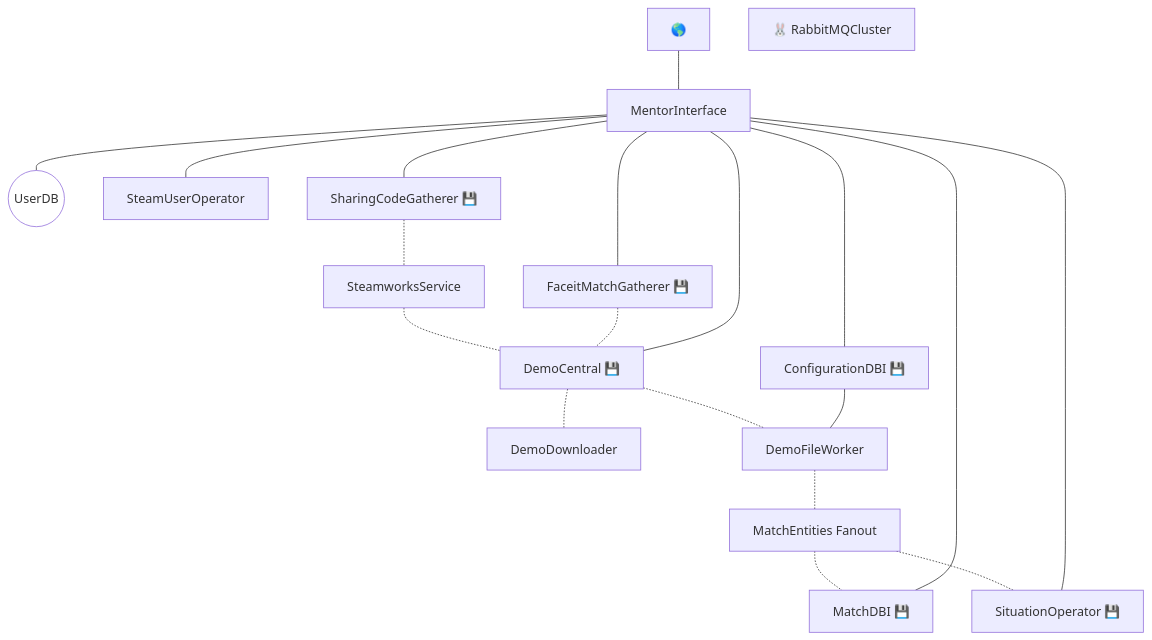
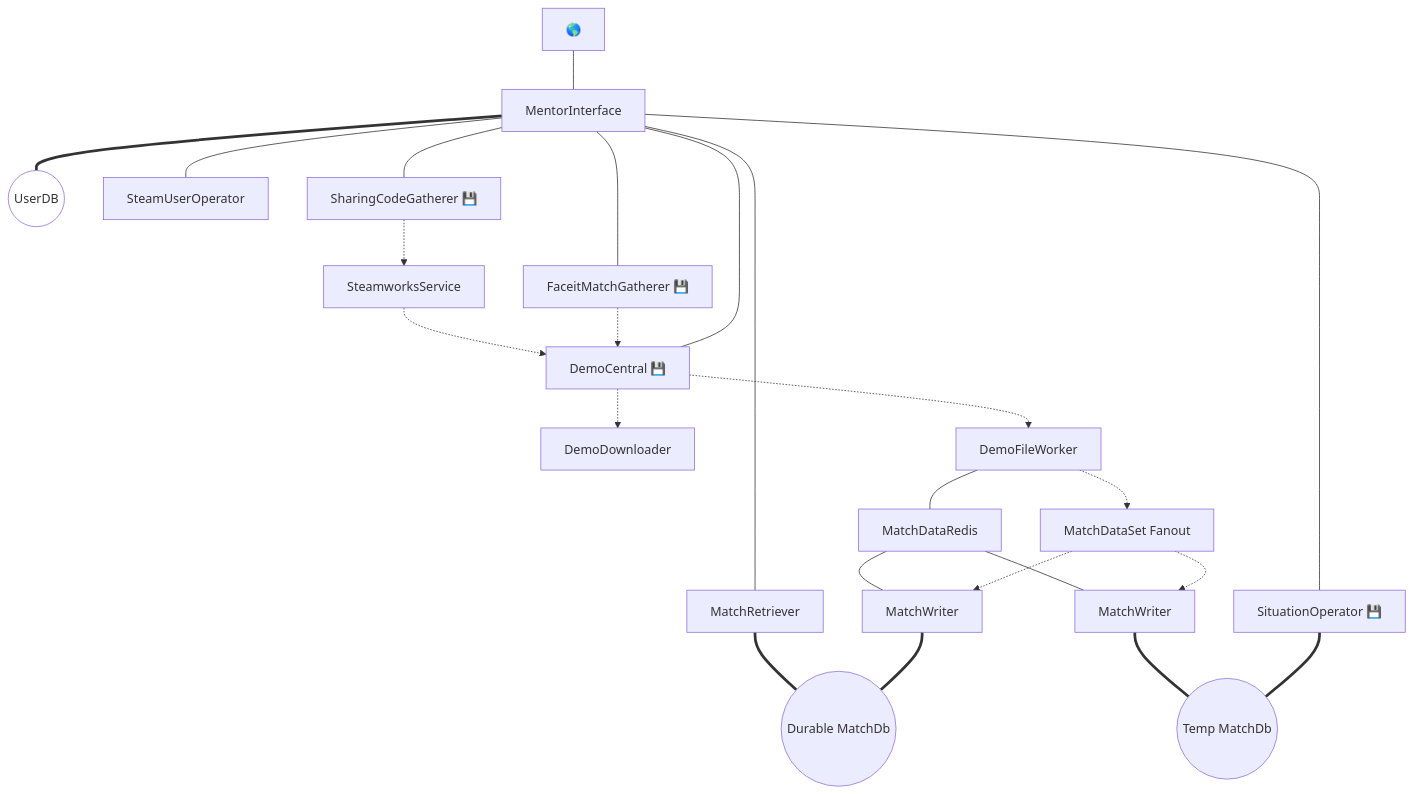
Before and after one commit to KieronKretschmar/MentorGG_Overview: the first of 2 diagrams in README.md, drawn with Mermaid. The commit also changed other lines of this file, not shown here.

````diff
--- a/README.md
+++ b/README.md
@@ -41,51 +45,55 @@
 ```mermaid
 graph TD;
     I["🌎"] --- MI
-    MI --- UDB((UserDB));
+    MI === UDB((UserDB));
     
     MI --- SUO[SteamUserOperator];
     
     MI --- SCG["SharingCodeGatherer 💾"];
-    SCG -.- SWS[SteamworksService];
-    SWS -.- DC;
+    SCG -.-> SWS[SteamworksService];
+    SWS -.-> DC;
     
     MI --- FG["FaceitMatchGatherer 💾"];
-    FG -.- DC;
+    FG -.-> DC;
     
     
-    MI --- CDBI["ConfigurationDBI 💾"];
     
     MI[MentorInterface] --- DC["DemoCentral 💾"];
-    DC -.- DD[DemoDownloader];
-    DC -.- DFW[DemoFileWorker];
-    DFW -.- MEF["MatchEntities Fanout"];
-    MEF -.- MDBI;
-    MEF -.- SO;
+    DC -.-> DD[DemoDownloader];
+    DC -.-> DFW[DemoFileWorker];
+    DFW -.-> MDSF["MatchDataSet Fanout"];
+    DFW --- MDR["MatchDataRedis"];
+
+    MDR --- MW1;
+    MDR --- MW2;
+
+    MDSF -.-> MW1["MatchWriter"];
+    MR[MatchRetriever] === DMDB; 
+    MW1 === DMDB((Durable MatchDb))
+    MI --- MR
+
+    MDSF -.-> MW2["MatchWriter"];
+    MW2 === TMDB((Temp MatchDb))
+    SO === TMDB;
     
-    CDBI --- DFW;
 
-    MI --- MDBI["MatchDBI 💾"];
     MI --- SO["SituationOperator 💾"];
-
-    RC["🐰 RabbitMQCluster"];
-
 
     classDef db fill:white;
     classDef queue fill:pink;
     class RFO queue;
     class UDB,SUDB,CDB,SDB,MDB db;
 
     click MI,UDB "https://gitlab.com/mentorgg/engine/mentor-interface";
     click SUO "https://gitlab.com/mentorgg/engine/steamuserprojects";
     click SCG "https://gitlab.com/mentorgg/csgo/sharingcodegatherer";
     click SWS "https://gitlab.com/mentorgg/csgo/steamworksservice";
-    click CDBI,CDB "https://gitlab.com/mentorgg/csgo/configurationdbi";
     click DC "https://gitlab.com/mentorgg/csgo/democentral";
     click FG "https://gitlab.com/mentorgg/csgo/faceitmatchgatherer";
     click DFW "https://gitlab.com/mentorgg/csgo/demofileworker";
     click DD "https://gitlab.com/mentorgg/csgo/demodownloader";
-    click MDBI,MDB "https://gitlab.com/mentorgg/csgo/matchdbi";
-    click RC "https://gitlab.com/mentorgg/engine/rabbitmqcluster";
-    click MEF "https://gitlab.com/mentorgg/csgo/matchentities";
+    click MW1,MW2 "https://gitlab.com/mentorgg/csgo/matchwriter";
+    click DMDB,TMDB "https://gitlab.com/mentorgg/csgo/matchdb";
+    click MDSF "https://gitlab.com/mentorgg/csgo/matchentities";
     click SO,SDB "https://gitlab.com/mentorgg/csgo/situationsoperator";
 ```
````
